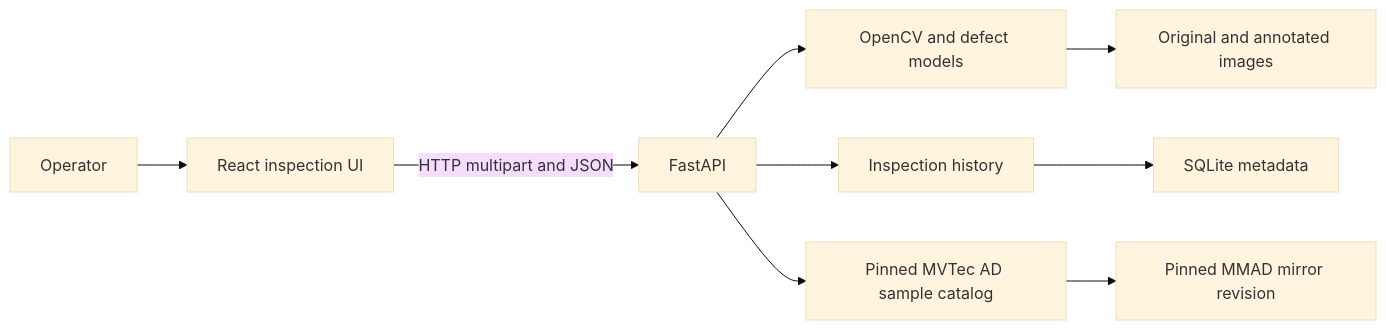
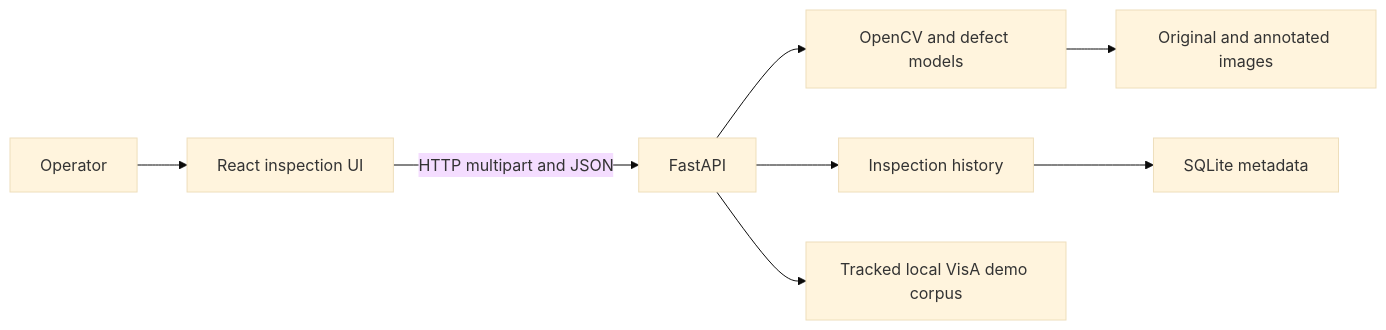
One commit to legion2440/inspect-vision changed the first of 2 diagrams in ARCHITECTURE.md. Above: the diagram before and after it, drawn with Mermaid (base theme). The commit also changed other lines of this file, not shown here.

Commit message:
docs(architecture): align runtime and sample contracts

````diff
--- a/ARCHITECTURE.md
+++ b/ARCHITECTURE.md
@@ -15,11 +15,10 @@
 ```mermaid
 flowchart LR
     Operator["Operator"] --> Frontend["React inspection UI"]
     Frontend -->|"HTTP multipart and JSON"| API["FastAPI"]
     API --> Detection["OpenCV and defect models"]
     API --> History["Inspection history"]
-    API --> Samples["Pinned MVTec AD sample catalog"]
-    Samples --> Mirror["Pinned MMAD mirror revision"]
+    API --> Samples["Tracked local VisA demo corpus"]
     Detection --> Media["Original and annotated images"]
     History --> Database["SQLite metadata"]
 ```
````
